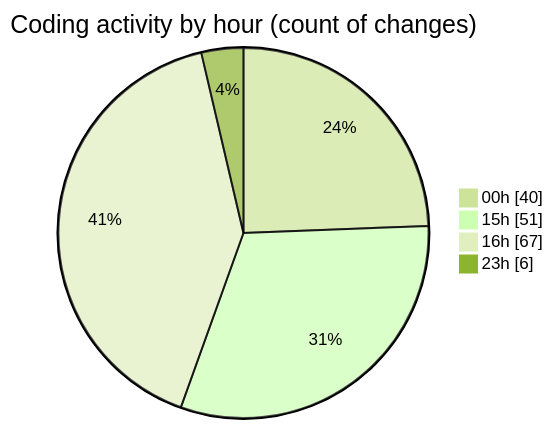
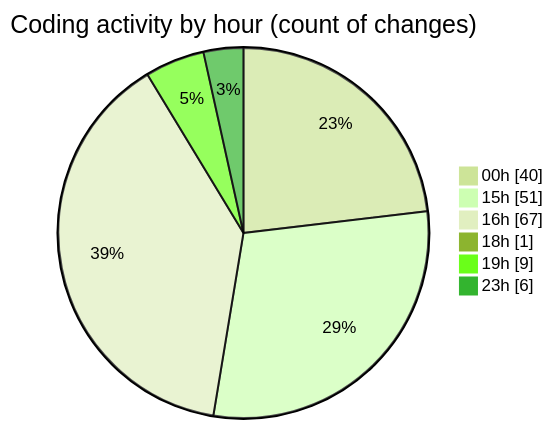
The second of 2 diagrams in 2025-05-03/date/README.md (Netris89/code-tracking), drawn with Mermaid (forest theme) before and after one commit. The commit also changed other lines of this file and 1 other file, not shown here.

````diff
--- a/2025-05-03/date/README.md
+++ b/2025-05-03/date/README.md
@@ -39,8 +39,10 @@
 ```mermaid
 pie showData
 title Coding activity by hour (count of changes)
 "00h" : 40
 "15h" : 51
 "16h" : 67
+"18h" : 1
+"19h" : 9
 "23h" : 6
 ```
````
